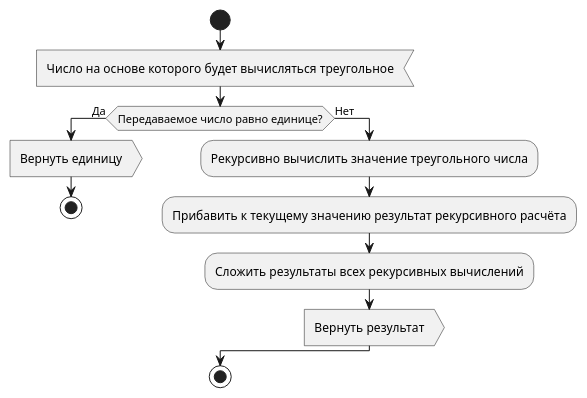
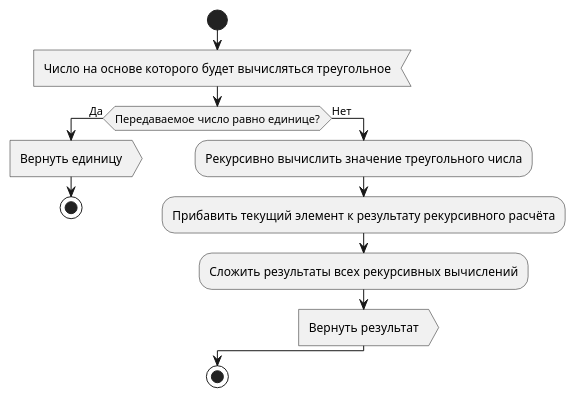
One commit to YA-NDT/IC-ADSC-TD changed the diagram in Scenarios/3.3. Triangle.puml. Above: the diagram before and after it, drawn with PlantUML. The commit also changed 1 other file, not shown here.

Commit message:
Обновлёна блок-схема и картинка для треугольных чисел урока 3.3.

```diff
--- a/Scenarios/3.3. Triangle.puml
+++ b/Scenarios/3.3. Triangle.puml
@@ -1,15 +1,15 @@
 @startuml
 start
     :Число на основе которого будет вычисляться треугольное<
 
     if (Передаваемое число равно единице?) then (Да)
         :Вернуть единицу>
         stop
     else (Нет)
         :Рекурсивно вычислить значение треугольного числа;
-        :Прибавить к текущему значению результат рекурсивного расчёта;
+        :Прибавить текущий элемент к результату рекурсивного расчёта;
         :Сложить результаты всех рекурсивных вычислений;
         :Вернуть результат>
     endif
 stop
 @enduml
```
